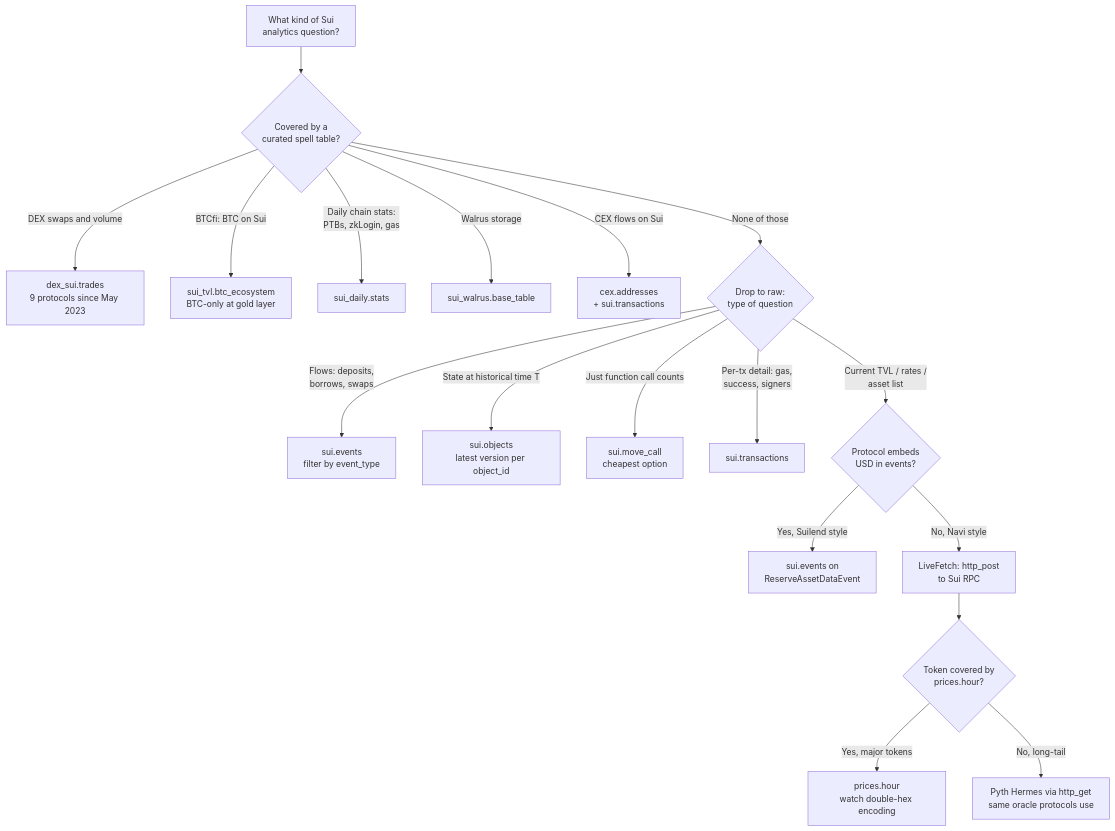
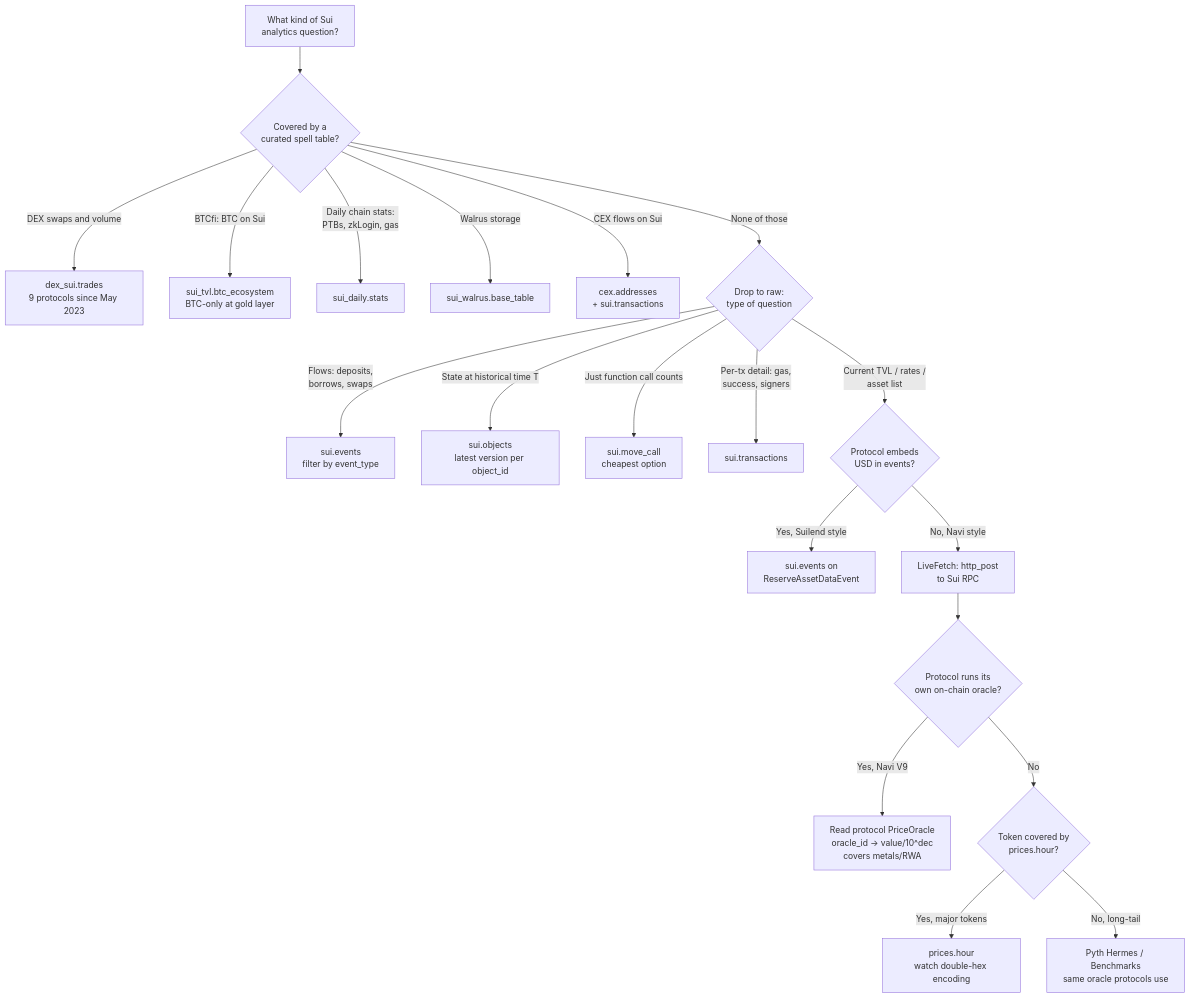
One commit to vchrl/dune-sui-query-builder changed the second of 2 diagrams in README.md. Above: the diagram before and after it, drawn with Mermaid. The commit also changed other lines of this file and 7 other files, not shown here.

First line of the commit message:
docs: reconcile skill to v0.3.0 (multi-market + on-chain oracle); examples reorg

````diff
--- a/README.md
+++ b/README.md
@@ -66,24 +71,26 @@
 ```mermaid
 flowchart TD
     Start[What kind of Sui<br/>analytics question?] --> Curated{Covered by a<br/>curated spell table?}
 
     Curated -->|DEX swaps and volume| C1[dex_sui.trades<br/>9 protocols since May 2023]
     Curated -->|BTCfi: BTC on Sui| C2[sui_tvl.btc_ecosystem<br/>BTC-only at gold layer]
     Curated -->|Daily chain stats:<br/>PTBs, zkLogin, gas| C3[sui_daily.stats]
     Curated -->|Walrus storage| C4[sui_walrus.base_table]
     Curated -->|CEX flows on Sui| C5[cex.addresses<br/>+ sui.transactions]
     Curated -->|None of those| A{Drop to raw:<br/>type of question}
 
     A -->|Flows: deposits,<br/>borrows, swaps| E1[sui.events<br/>filter by event_type]
     A -->|State at historical time T| E2[sui.objects<br/>latest version per object_id]
     A -->|Just function call counts| E3[sui.move_call<br/>cheapest option]
     A -->|Per-tx detail: gas,<br/>success, signers| E4[sui.transactions]
     A -->|Current TVL / rates /<br/>asset list| Live{Protocol embeds<br/>USD in events?}
 
     Live -->|Yes, Suilend style| E5[sui.events on<br/>ReserveAssetDataEvent]
     Live -->|No, Navi style| E6[LiveFetch: http_post<br/>to Sui RPC]
 
-    E6 --> P{Token covered by<br/>prices.hour?}
+    E6 --> O{Protocol runs its<br/>own on-chain oracle?}
+    O -->|Yes, Navi V9| E9[Read protocol PriceOracle<br/>oracle_id → value/10^dec<br/>covers metals/RWA]
+    O -->|No| P{Token covered by<br/>prices.hour?}
     P -->|Yes, major tokens| E7[prices.hour<br/>watch double-hex encoding]
-    P -->|No, long-tail| E8[Pyth Hermes via http_get<br/>same oracle protocols use]
+    P -->|No, long-tail| E8[Pyth Hermes / Benchmarks<br/>same oracle protocols use]
 ```
````
